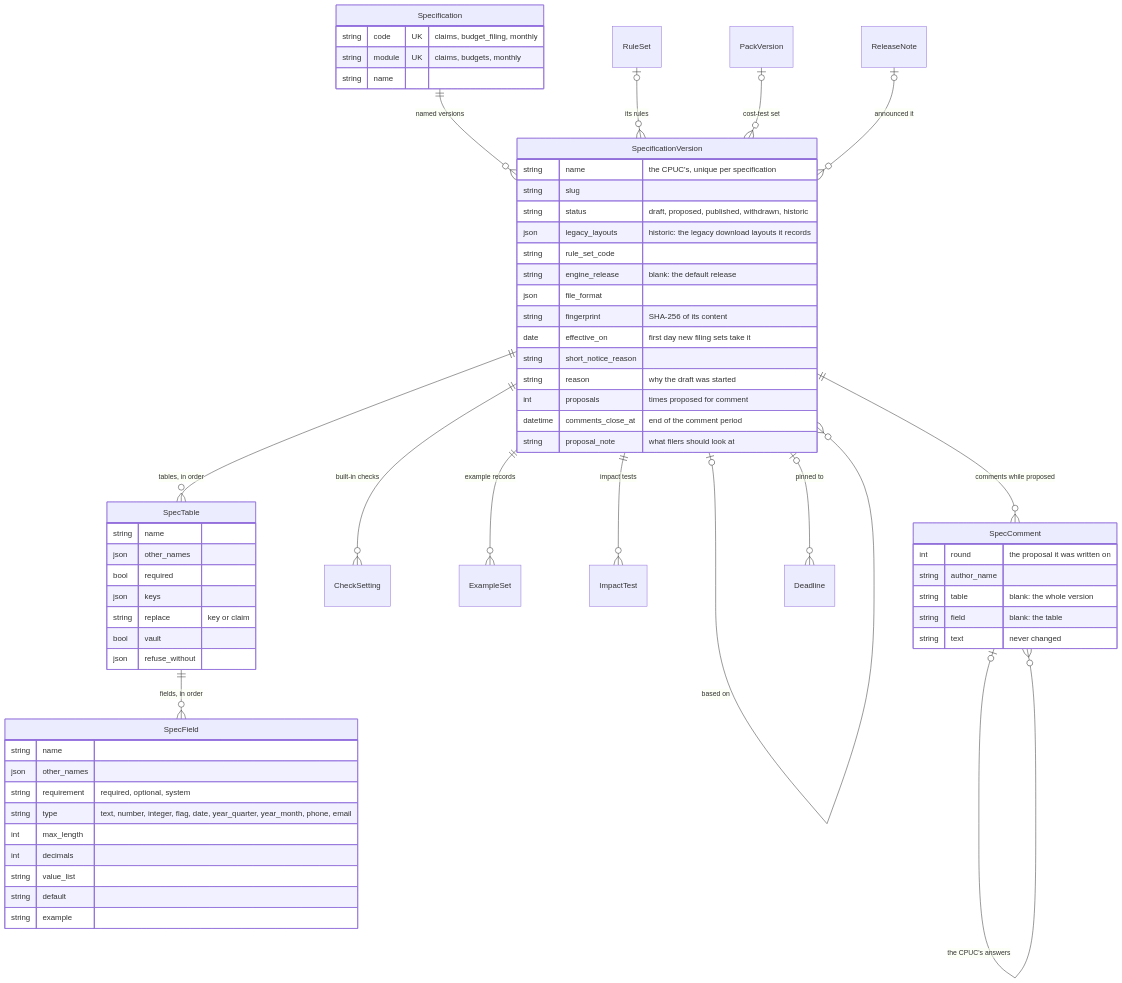
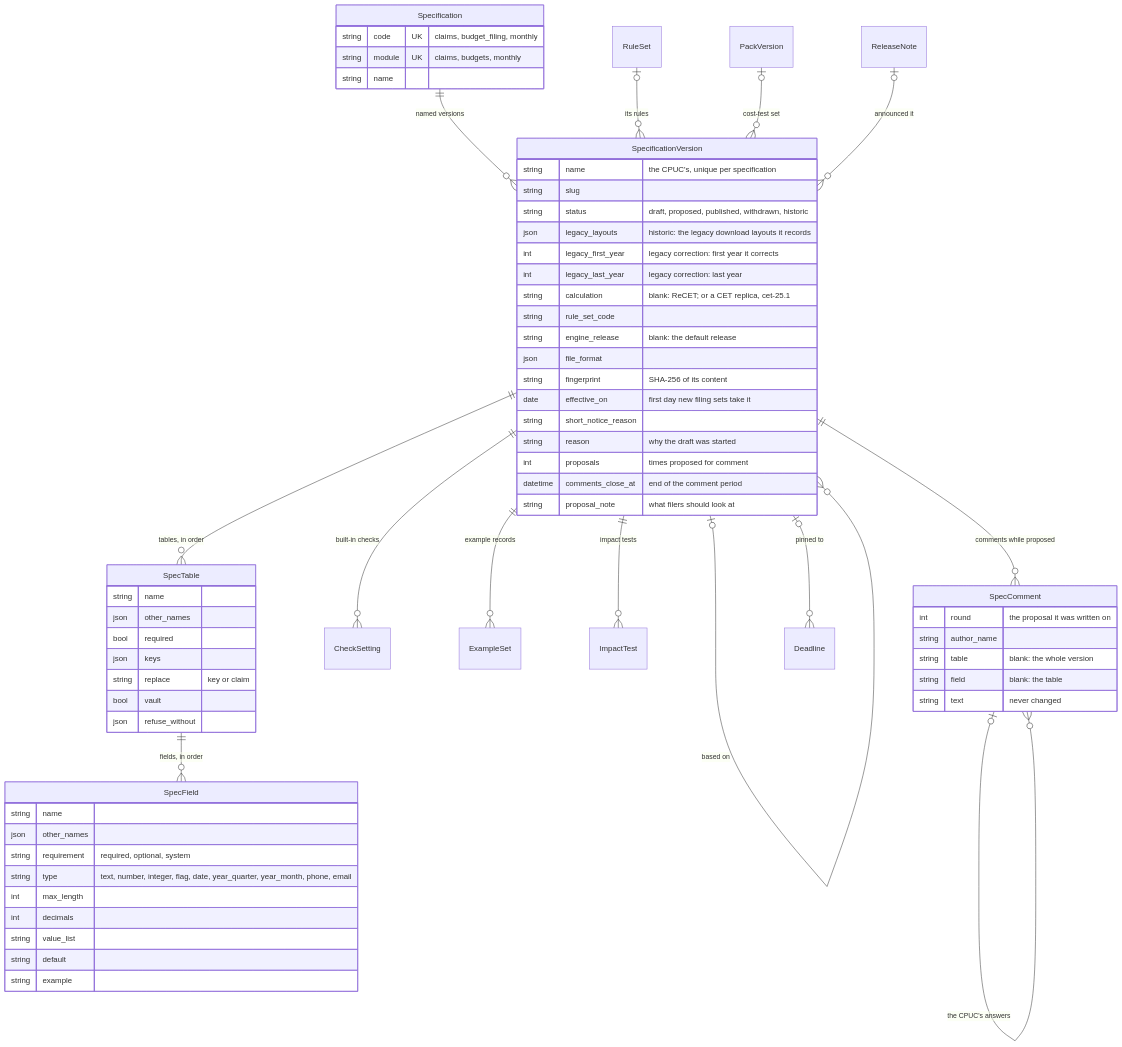
One commit to JRichardson-PGE/CEDARS-Platform changed the tenth of 39 diagrams in docs/ARCHITECTURE_AS_BUILT.md. Above: the diagram before and after it, drawn with Mermaid. The commit also changed other lines of this file and 13 other files, not shown here.

````diff
--- a/docs/ARCHITECTURE_AS_BUILT.md
+++ b/docs/ARCHITECTURE_AS_BUILT.md
@@ -626,64 +626,67 @@
 ```mermaid
 erDiagram
   Specification ||--o{ SpecificationVersion : "named versions"
   SpecificationVersion |o--o{ SpecificationVersion : "based on"
   SpecificationVersion ||--o{ SpecTable : "tables, in order"
   SpecTable ||--o{ SpecField : "fields, in order"
   SpecificationVersion ||--o{ CheckSetting : "built-in checks"
   SpecificationVersion ||--o{ ExampleSet : "example records"
   SpecificationVersion ||--o{ ImpactTest : "impact tests"
   SpecificationVersion ||--o{ SpecComment : "comments while proposed"
   SpecComment |o--o{ SpecComment : "the CPUC's answers"
   RuleSet |o--o{ SpecificationVersion : "its rules"
   PackVersion |o--o{ SpecificationVersion : "cost-test set"
   SpecificationVersion |o--o{ Deadline : "pinned to"
   ReleaseNote |o--o{ SpecificationVersion : "announced it"
   Specification {
     string code UK "claims, budget_filing, monthly"
     string module UK "claims, budgets, monthly"
     string name
   }
   SpecificationVersion {
     string name "the CPUC's, unique per specification"
     string slug
     string status "draft, proposed, published, withdrawn, historic"
     json legacy_layouts "historic: the legacy download layouts it records"
+    int legacy_first_year "legacy correction: first year it corrects"
+    int legacy_last_year "legacy correction: last year"
+    string calculation "blank: ReCET; or a CET replica, cet-25.1"
     string rule_set_code
     string engine_release "blank: the default release"
     json file_format
     string fingerprint "SHA-256 of its content"
     date effective_on "first day new filing sets take it"
     string short_notice_reason
     string reason "why the draft was started"
     int proposals "times proposed for comment"
     datetime comments_close_at "end of the comment period"
     string proposal_note "what filers should look at"
   }
   SpecComment {
     int round "the proposal it was written on"
     string author_name
     string table "blank: the whole version"
     string field "blank: the table"
     string text "never changed"
   }
   SpecTable {
     string name
     json other_names
     bool required
     json keys
     string replace "key or claim"
     bool vault
     json refuse_without
   }
   SpecField {
     string name
     json other_names
     string requirement "required, optional, system"
     string type "text, number, integer, flag, date, year_quarter, year_month, phone, email"
     int max_length
     int decimals
     string value_list
     string default
     string example
   }
 ```
````
